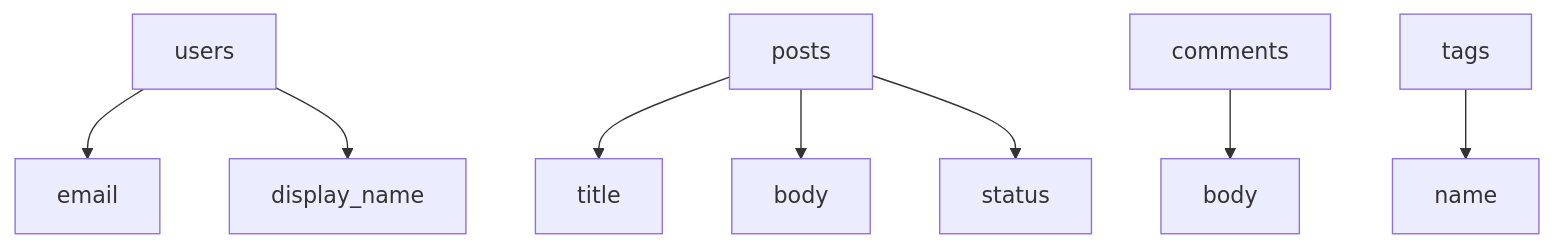
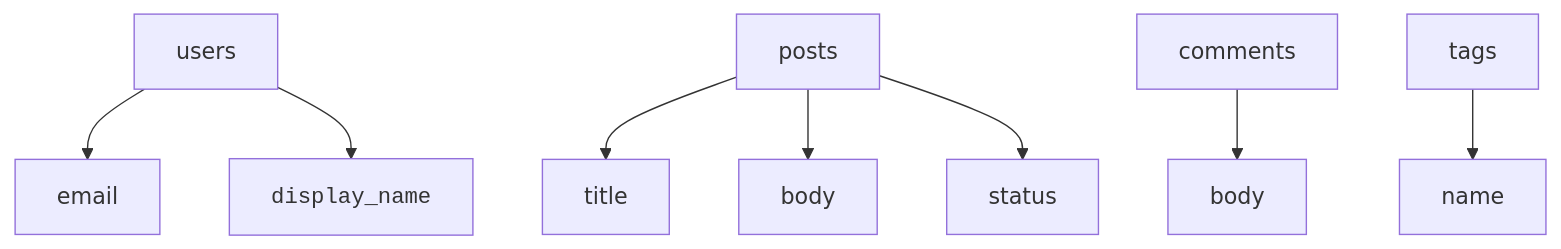
Before and after one commit to dataslope/dataslope: the third of 6 diagrams in content/learn/database-design-postgresql/case-study-blog.mdx, drawn with Mermaid. The commit also changed other lines of this file and 153 other files, not shown here.

First line of the commit message:
Render code-only mermaid shapes in monospace; convert step sequences to Steps

````diff
--- a/content/learn/database-design-postgresql/case-study-blog.mdx
+++ b/content/learn/database-design-postgresql/case-study-blog.mdx
@@ -74,10 +74,10 @@
 ```mermaid
 flowchart TD
     User["users"] --> Email["email"]
-    User --> Display["display_name"]
+    User --> Display["<code>display_name</code>"]
     Post["posts"] --> Title["title"]
     Post --> Body["body"]
     Post --> Status["status"]
     Comment["comments"] --> CommentBody["body"]
     Tag["tags"] --> Name["name"]
 ```
````
